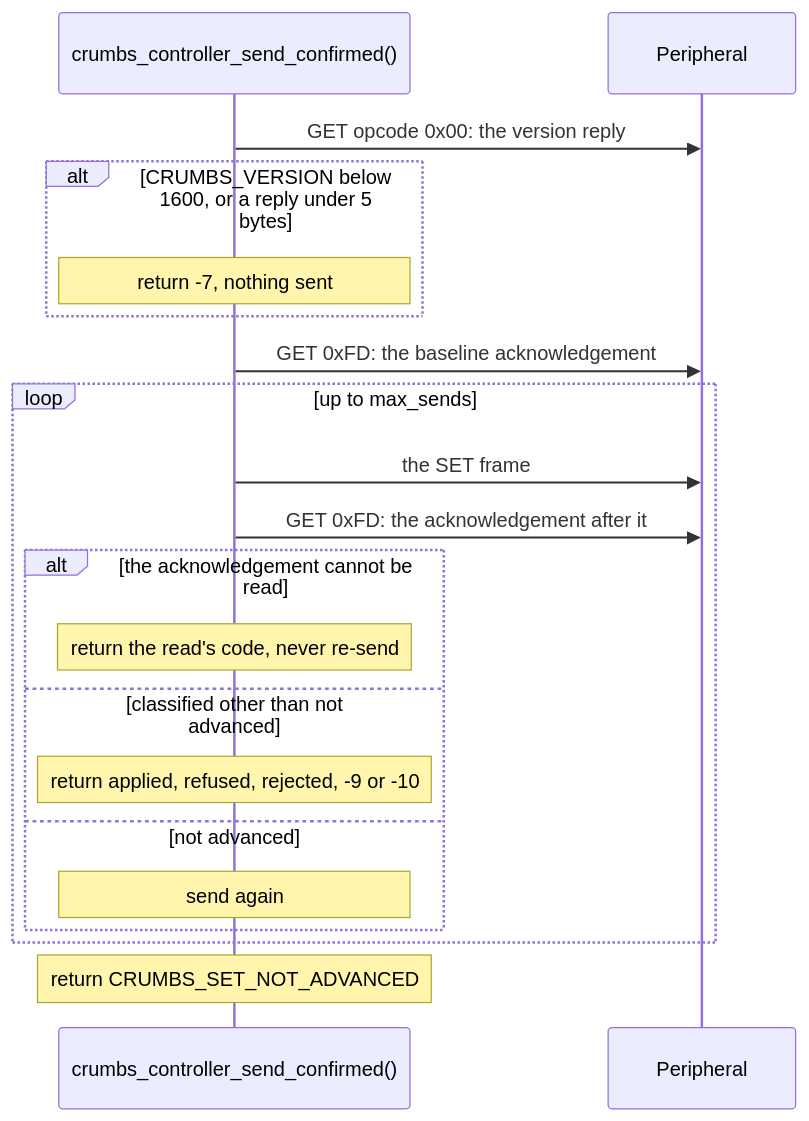
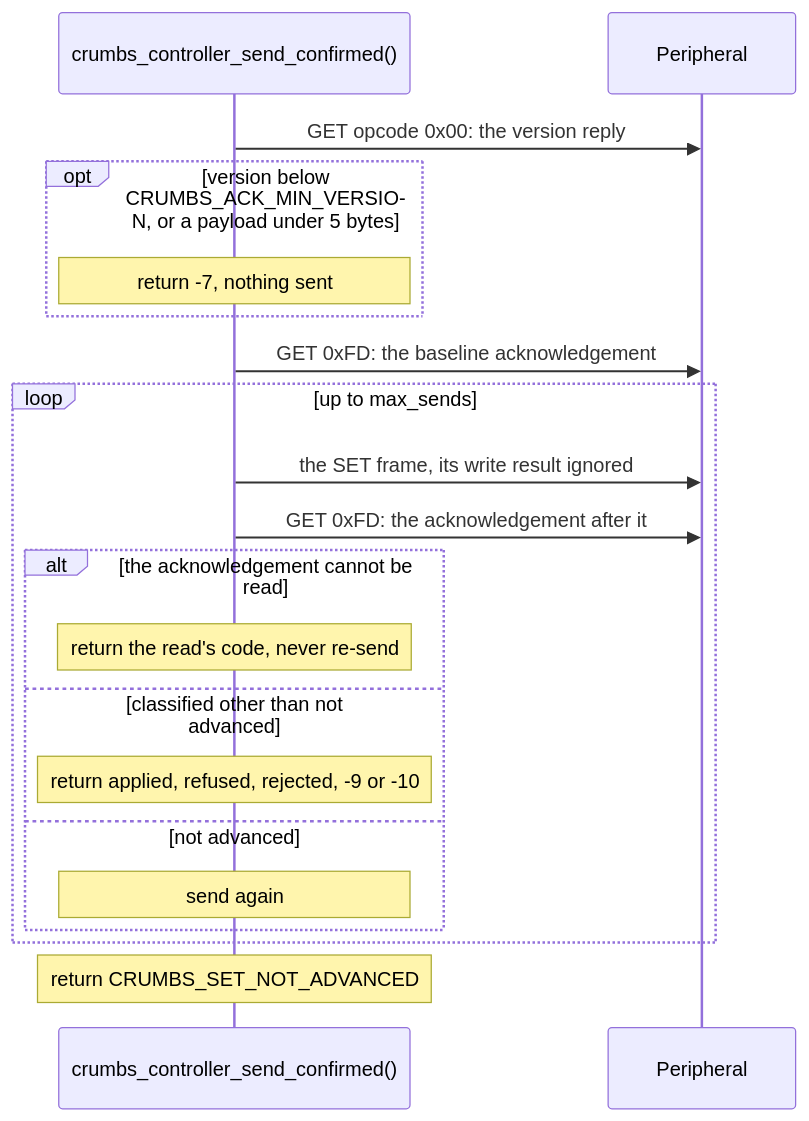
The fourth of 5 diagrams in docs/architecture.md (feastorg/CRUMBS), drawn with Mermaid before and after one commit. The commit also changed other lines of this file and 1 other file, not shown here.

First line of the commit message:
docs: name return codes and constants in the mermaid diagrams

````diff
--- a/docs/architecture.md
+++ b/docs/architecture.md
@@ -176,22 +176,22 @@
 ```mermaid
 sequenceDiagram
     participant C as crumbs_controller_send_confirmed()
     participant P as Peripheral
     C->>P: GET opcode 0x00: the version reply
-    alt CRUMBS_VERSION below 1600, or a reply under 5 bytes
+    opt version below CRUMBS_ACK_MIN_VERSION, or a payload under 5 bytes
         Note over C: return -7, nothing sent
     end
     C->>P: GET 0xFD: the baseline acknowledgement
     loop up to max_sends
-        C->>P: the SET frame
+        C->>P: the SET frame, its write result ignored
         C->>P: GET 0xFD: the acknowledgement after it
         alt the acknowledgement cannot be read
             Note over C: return the read's code, never re-send
         else classified other than not advanced
             Note over C: return applied, refused, rejected, -9 or -10
         else not advanced
             Note over C: send again
         end
     end
     Note over C: return CRUMBS_SET_NOT_ADVANCED
 ```
````
